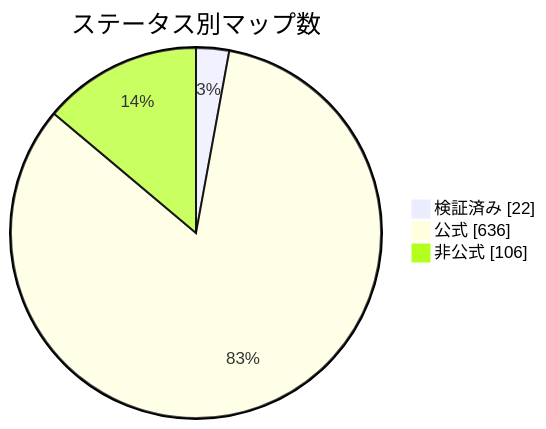
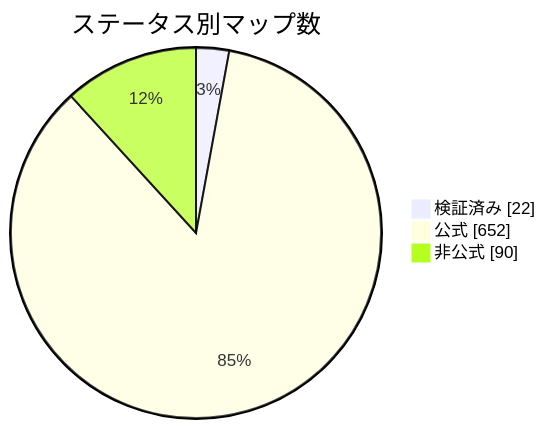
The diagram in docs/readme/README_JP.md (nobrega8/mbmap-library), drawn with Mermaid before and after one commit. The commit also changed 5 other files, not shown here.

````diff
--- a/docs/readme/README_JP.md
+++ b/docs/readme/README_JP.md
@@ -54,7 +54,7 @@
 ```mermaid
 pie showData
     title ステータス別マップ数
     "検証済み" : 22
-    "公式" : 636
-    "非公式" : 106
+    "公式" : 652
+    "非公式" : 90
 ```
````
